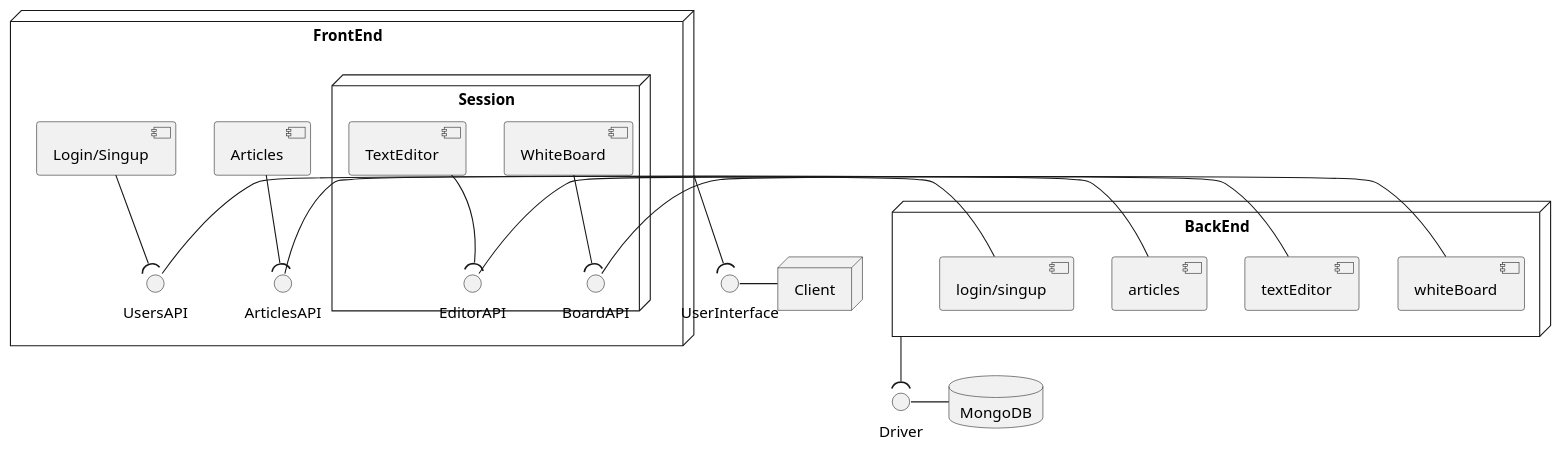
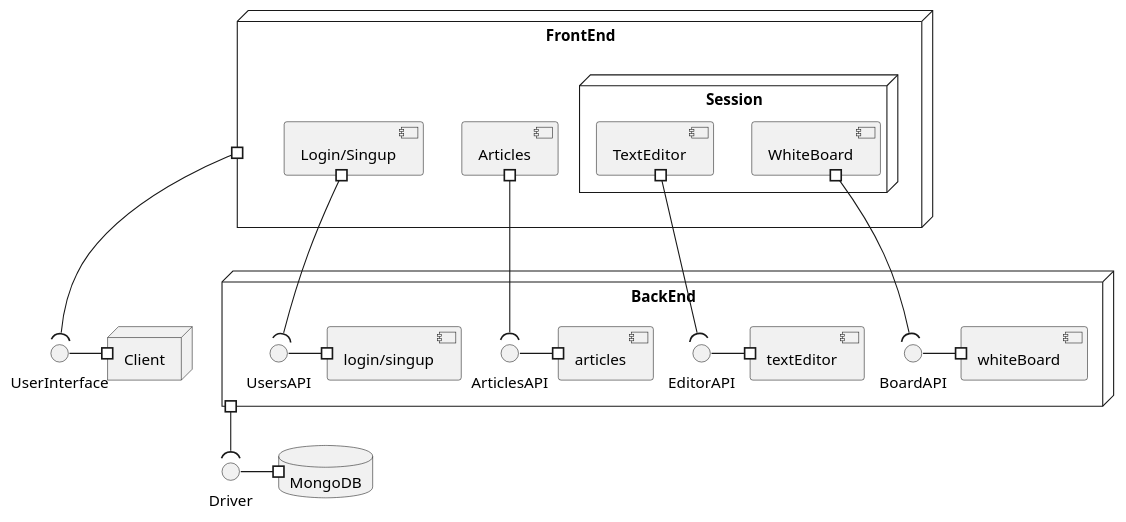
Before and after one commit to alexandrialib/Alexandria: the diagram in ComponentDiagram.wsd, drawn with PlantUML. The commit also changed 4 other files, not shown here.

Commit message:
Diagrams

```diff
--- a/ComponentDiagram.wsd
+++ b/ComponentDiagram.wsd
@@ -1,31 +1,31 @@
 @startuml
 
 node Client {
 }
 
+node BackEnd {
+    BoardAPI -# [whiteBoard] 
+    EditorAPI -# [textEditor]
+    ArticlesAPI -# [articles]
+    UsersAPI -# [login/singup]
+}
+
 node FrontEnd {
     node "Session"{
-        [WhiteBoard] --( BoardAPI
-        [TextEditor] --( EditorAPI
+        [WhiteBoard] #--( BoardAPI
+        [TextEditor] #--( EditorAPI
     }
-    [Articles] --( ArticlesAPI
-    [Login/Singup] --( UsersAPI
-}
-
-node BackEnd {
-    BoardAPI - [whiteBoard] 
-    EditorAPI - [textEditor]
-    ArticlesAPI - [articles]
-    UsersAPI - [login/singup]
+    [Articles] #--( ArticlesAPI
+    [Login/Singup] #--( UsersAPI
 }
 
 database MongoDB{
 }
 
-BackEnd --( Driver
-Driver - MongoDB
+BackEnd #--( Driver
+Driver -# MongoDB
 
-FrontEnd --( UserInterface
-UserInterface - Client
+FrontEnd #--( UserInterface
+UserInterface -# Client
 
 @enduml
```
